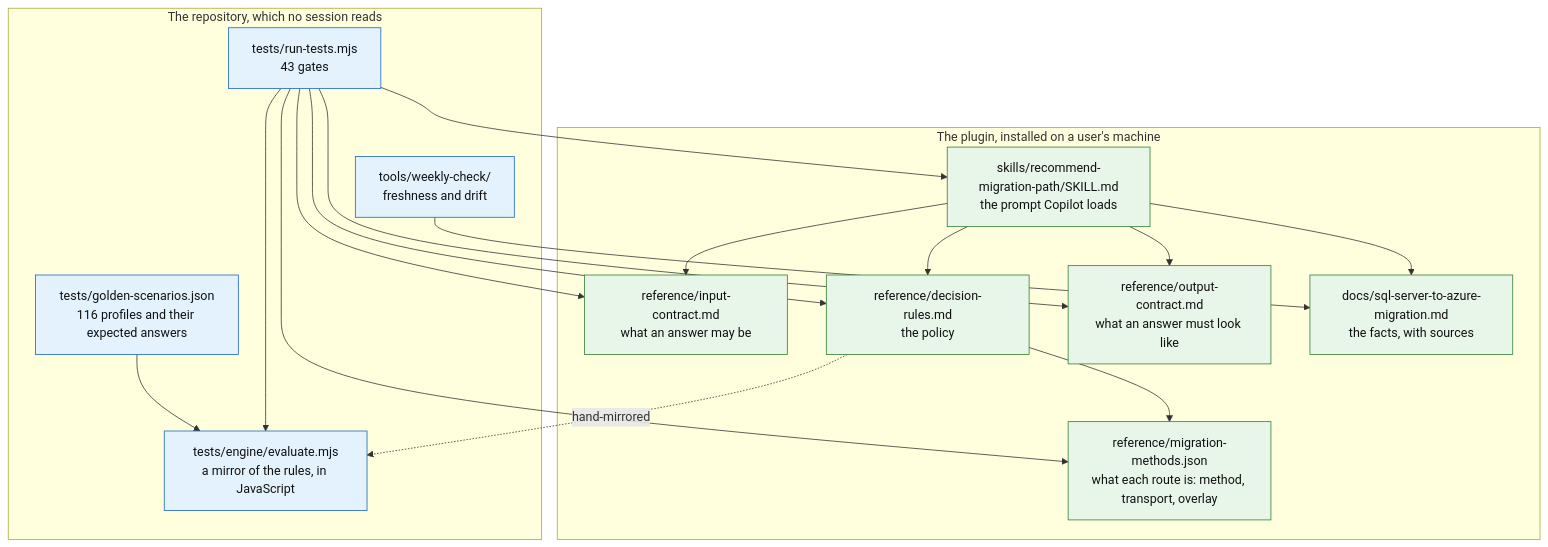
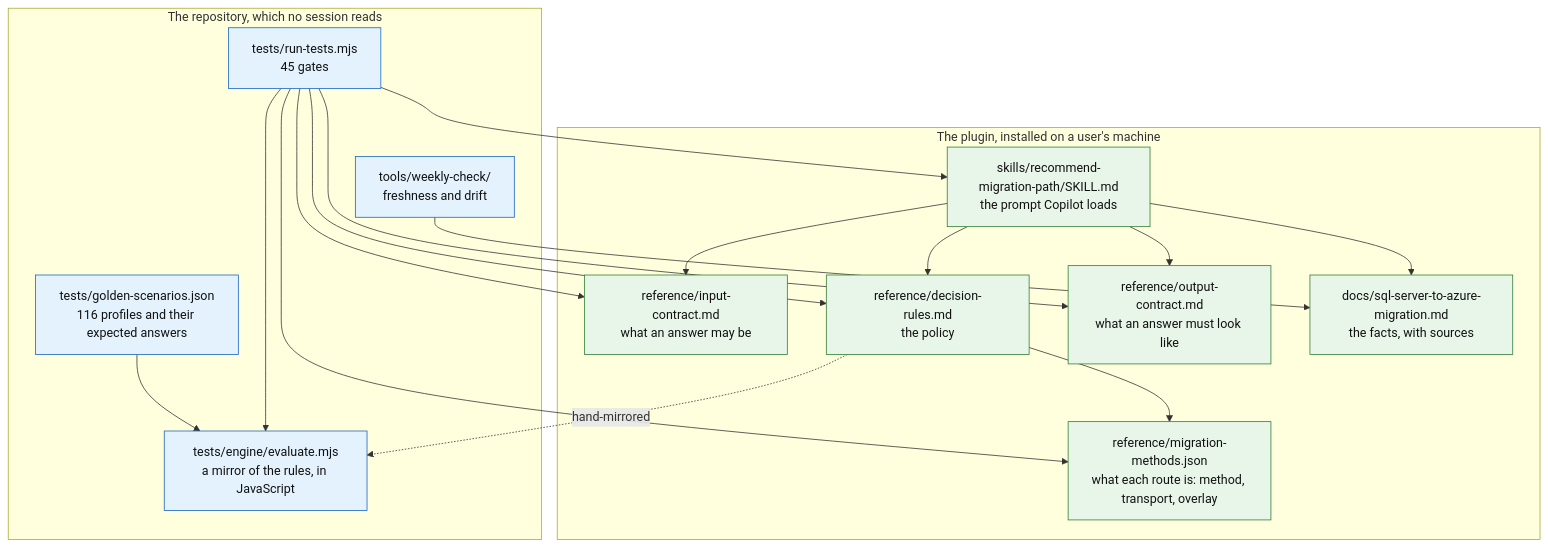
One commit to fredgis/sql-migration-advisor changed the first of 3 diagrams in docs/ARCHITECTURE.md. Above: the diagram before and after it, drawn with Mermaid. The commit also changed other lines of this file and 25 other files, not shown here.

````diff
--- a/docs/ARCHITECTURE.md
+++ b/docs/ARCHITECTURE.md
@@ -28,38 +28,38 @@
 ```mermaid
 flowchart TD
     subgraph plugin["The plugin, installed on a user's machine"]
       SK["skills/recommend-migration-path/SKILL.md<br/>the prompt Copilot loads"]
       IC["reference/input-contract.md<br/>what an answer may be"]
       DR["reference/decision-rules.md<br/>the policy"]
       OC["reference/output-contract.md<br/>what an answer must look like"]
       MM["reference/migration-methods.json<br/>what each route is: method, transport, overlay"]
       KB["docs/sql-server-to-azure-migration.md<br/>the facts, with sources"]
     end
 
     subgraph repo["The repository, which no session reads"]
       EN["tests/engine/evaluate.mjs<br/>a mirror of the rules, in JavaScript"]
       GS["tests/golden-scenarios.json<br/>116 profiles and their expected answers"]
-      GA["tests/run-tests.mjs<br/>43 gates"]
+      GA["tests/run-tests.mjs<br/>45 gates"]
       WK["tools/weekly-check/<br/>freshness and drift"]
     end
 
     SK --> IC
     SK --> DR
     SK --> OC
     SK --> KB
     DR --> MM
     DR -.->|hand-mirrored| EN
     GS --> EN
     GA --> EN
     GA --> SK
     GA --> IC
     GA --> DR
     GA --> OC
     GA --> MM
     WK --> KB
 
     classDef live fill:#e8f5e9,stroke:#2e7d32,color:#111
     classDef test fill:#e3f2fd,stroke:#1565c0,color:#111
     class SK,IC,DR,OC,KB,MM live
     class EN,GS,GA,WK test
 ```
````
